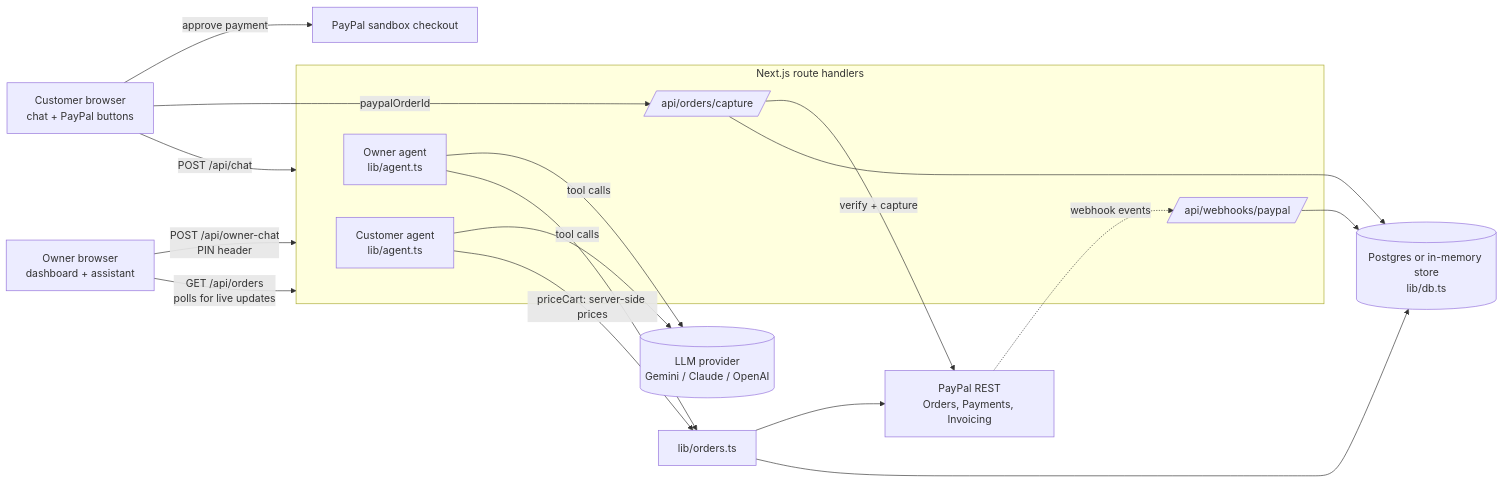
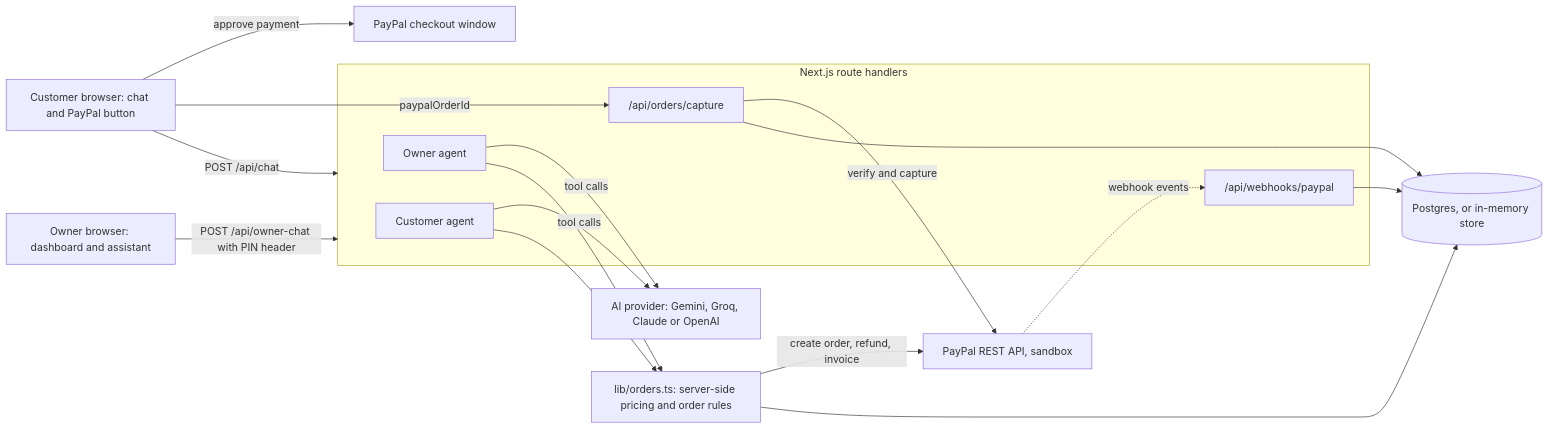
Before and after one commit to Professional-Web-Developer/chatcart-ai: the diagram in README.md, drawn with Mermaid. The commit also changed other lines of this file and 7 other files, not shown here.

````diff
--- a/README.md
+++ b/README.md
@@ -80,21 +83,23 @@
 ```mermaid
 flowchart LR
-  C[Customer browser<br/>chat + PayPal buttons] -->|POST /api/chat| API
-  O[Owner browser<br/>dashboard + assistant] -->|POST /api/owner-chat<br/>PIN header| API
-  subgraph API[Next.js route handlers]
-    CA[Customer agent<br/>lib/agent.ts]
-    OA[Owner agent<br/>lib/agent.ts]
-    CAP[/api/orders/capture/]
-    WH[/api/webhooks/paypal/]
+  C["Customer browser: chat and PayPal button"] -->|"POST /api/chat"| API
+  O["Owner browser: dashboard and assistant"] -->|"POST /api/owner-chat with PIN header"| API
+  subgraph API["Next.js route handlers"]
+    CA["Customer agent"]
+    OA["Owner agent"]
+    CAP["/api/orders/capture"]
+    WH["/api/webhooks/paypal"]
   end
-  CA & OA -->|tool calls| LLM[(LLM provider<br/>Gemini / Claude / OpenAI)]
-  CA -->|priceCart: server-side prices| ORD[lib/orders.ts]
+  CA -->|"tool calls"| LLM["AI provider: Gemini, Groq, Claude or OpenAI"]
+  OA -->|"tool calls"| LLM
+  CA --> ORD["lib/orders.ts: server-side pricing and order rules"]
   OA --> ORD
-  ORD --> PP[PayPal REST<br/>Orders, Payments, Invoicing]
-  C -->|approve payment| PPB[PayPal sandbox checkout]
-  C -->|paypalOrderId| CAP
-  CAP -->|verify + capture| PP
-  PP -.->|webhook events| WH
-  ORD & CAP & WH --> DB[(Postgres or in-memory store<br/>lib/db.ts)]
-  O -->|GET /api/orders<br/>polls for live updates| API
+  ORD -->|"create order, refund, invoice"| PP["PayPal REST API, sandbox"]
+  C -->|"approve payment"| PPB["PayPal checkout window"]
+  C -->|"paypalOrderId"| CAP
+  CAP -->|"verify and capture"| PP
+  PP -.->|"webhook events"| WH
+  ORD --> DB[("Postgres, or in-memory store")]
+  CAP --> DB
+  WH --> DB
 ```
````
